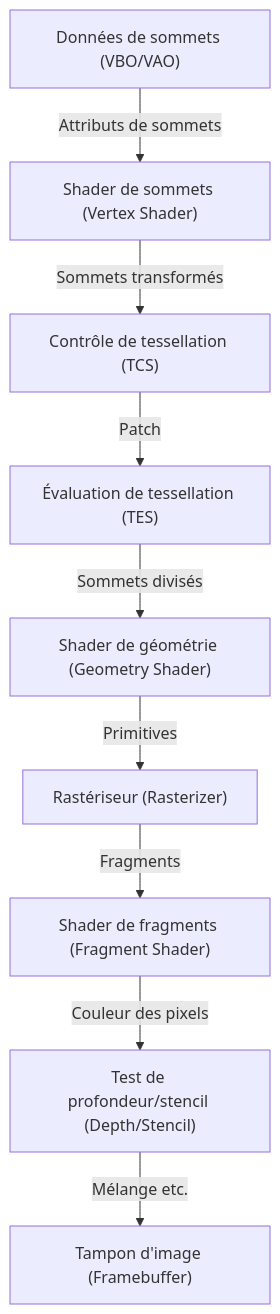
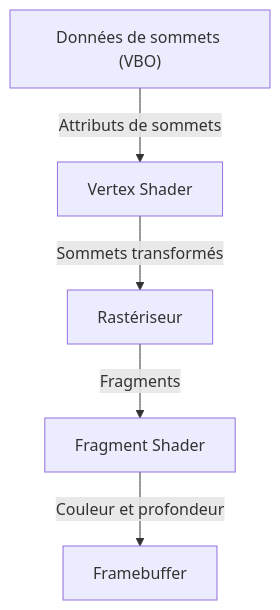
One commit to kenjinote/blog changed the second of 2 diagrams in content/post/opengl-basics-and-history/index.fr.md. Above: the diagram before and after it, drawn with Mermaid. The commit also changed other lines of this file and 129 other files, not shown here.

````diff
--- a/content/post/opengl-basics-and-history/index.fr.md
+++ b/content/post/opengl-basics-and-history/index.fr.md
@@ -69,21 +48,7 @@
 ```mermaid
 graph TD
-    VBO["Données de sommets (VBO/VAO)"]
-    VS["Shader de sommets (Vertex Shader)"]
-    TC["Contrôle de tessellation (TCS)"]
-    TE["Évaluation de tessellation (TES)"]
-    GS["Shader de géométrie (Geometry Shader)"]
-    RS["Rastériseur (Rasterizer)"]
-    FS["Shader de fragments (Fragment Shader)"]
-    TEST["Test de profondeur/stencil (Depth/Stencil)"]
-    FB["Tampon d'image (Framebuffer)"]
-
-    VBO -- "Attributs de sommets" --> VS
-    VS -- "Sommets transformés" --> TC
-    TC -- "Patch" --> TE
-    TE -- "Sommets divisés" --> GS
-    GS -- "Primitives" --> RS
-    RS -- "Fragments" --> FS
-    FS -- "Couleur des pixels" --> TEST
-    TEST -- "Mélange etc." --> FB
+    VBO["Données de sommets (VBO)"] -- "Attributs de sommets" --> VS["Vertex Shader"]
+    VS -- "Sommets transformés" --> RS["Rastériseur"]
+    RS -- "Fragments" --> FS["Fragment Shader"]
+    FS -- "Couleur et profondeur" --> FB["Framebuffer"]
 ```
````
